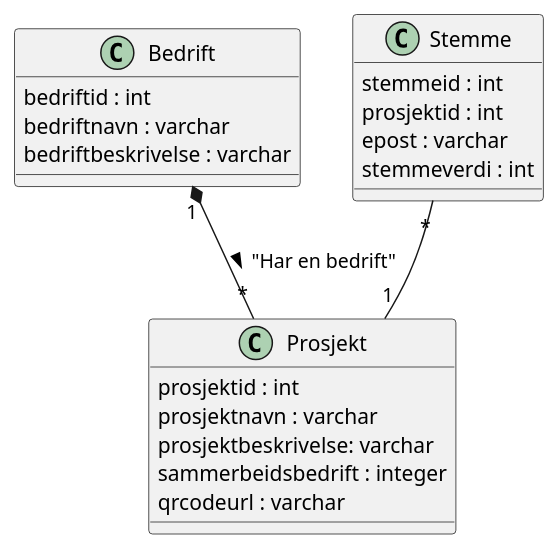
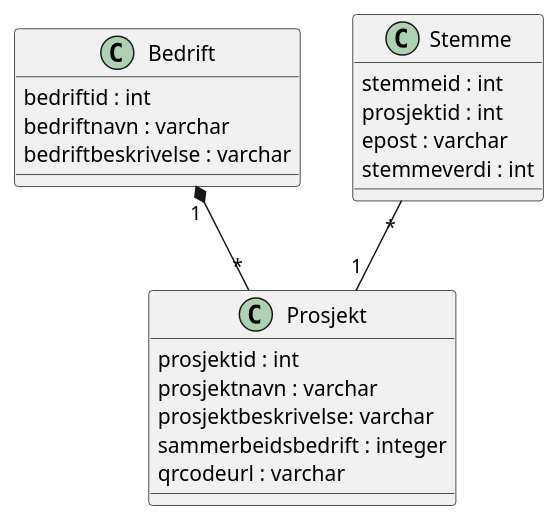
The diagram in Diagrammer/DatabaseOppsett.puml (trulsma/DAT109_Prosjekt), drawn with PlantUML before and after one commit.

Commit message:
Endre Database uml

```diff
--- a/Diagrammer/DatabaseOppsett.puml
+++ b/Diagrammer/DatabaseOppsett.puml
@@ -1,25 +1,25 @@
 @startuml
 class Prosjekt{
     prosjektid : int
     prosjektnavn : varchar
     prosjektbeskrivelse: varchar
     sammerbeidsbedrift : integer
     qrcodeurl : varchar
 }
 
 class Bedrift{
     bedriftid : int
     bedriftnavn : varchar
     bedriftbeskrivelse : varchar
 }
 
 class Stemme{
     stemmeid : int
     prosjektid : int
     epost : varchar
     stemmeverdi : int
 }
 
-Bedrift "1" *-- "*" Prosjekt : > "Har en bedrift"
+Bedrift "1" *-- "*" Prosjekt
 Stemme "*" -- "1" Prosjekt
 @enduml
```
